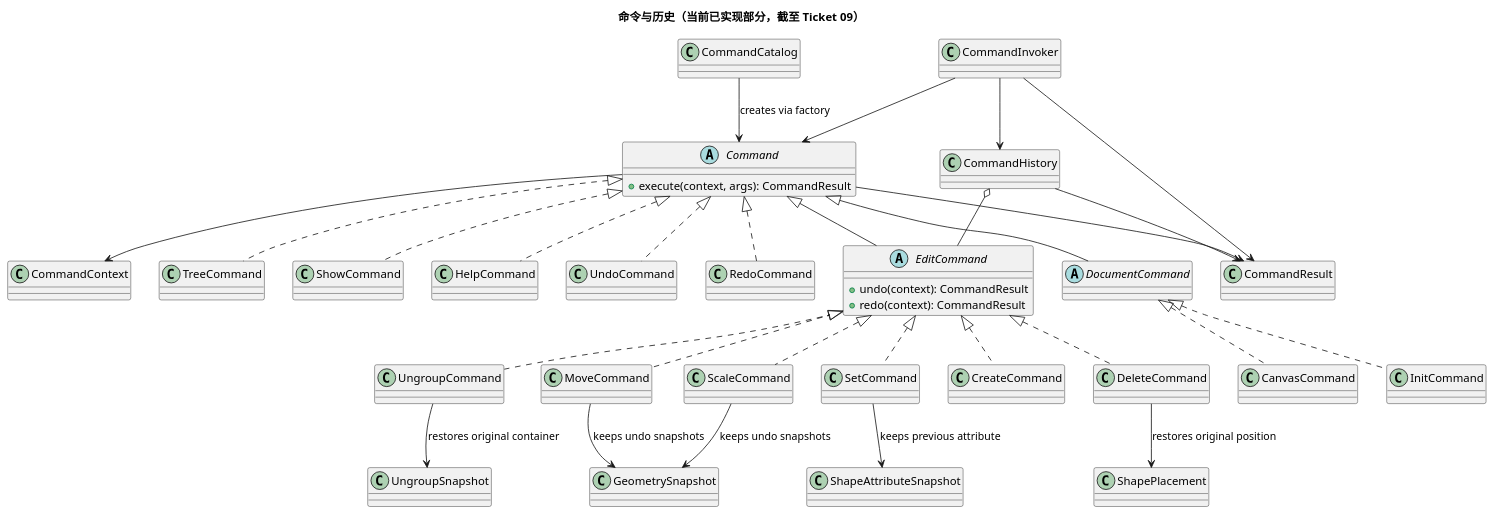
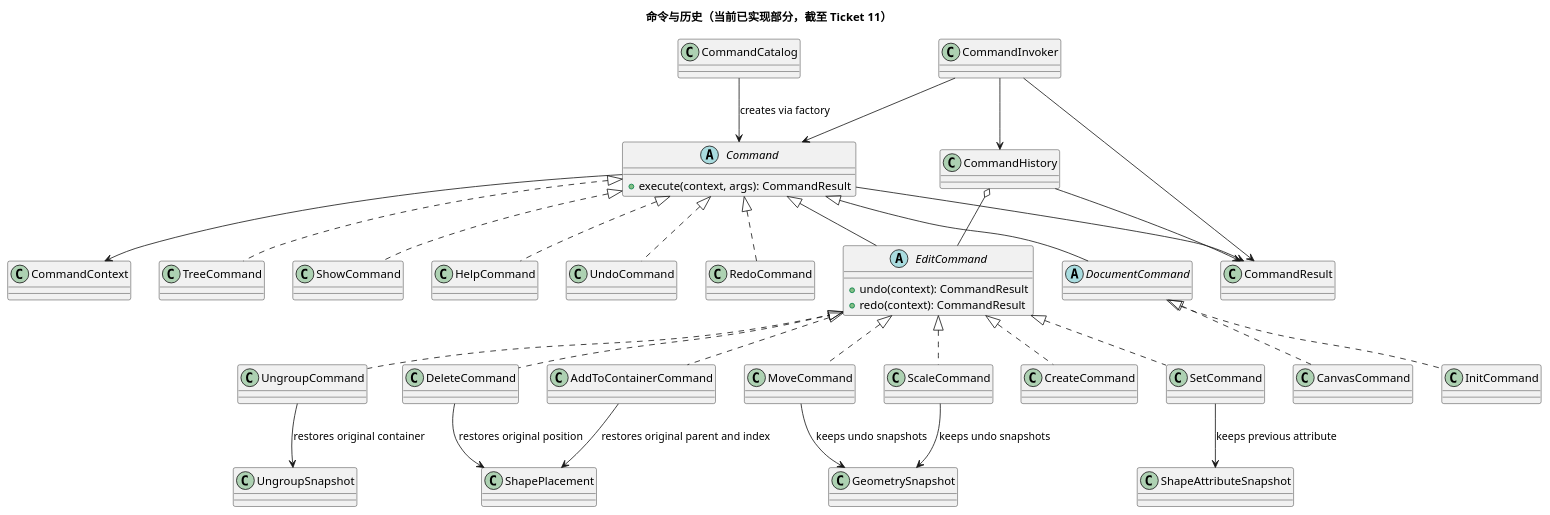
One commit to NQC233/svg-editor-lab1 changed the second of 2 diagrams in doc/class-model.puml. Above: the diagram before and after it, drawn with PlantUML. The commit also changed other lines of this file and 5 other files, not shown here.

```diff
--- a/doc/class-model.puml
+++ b/doc/class-model.puml
@@ -103,66 +105,69 @@
 @startuml
-title 命令与历史（当前已实现部分，截至 Ticket 09）
+title 命令与历史（当前已实现部分，截至 Ticket 11）
 
 abstract class Command {
   +execute(context, args): CommandResult
 }
 
 abstract class DocumentCommand
 
 abstract class EditCommand {
   +undo(context): CommandResult
   +redo(context): CommandResult
 }
 
 class CommandResult
 class CommandCatalog
 class CommandInvoker
 class CommandHistory
 class CommandContext
 class ShapePlacement
 class UngroupSnapshot
 
 class CreateCommand
 class DeleteCommand
 class UngroupCommand
+class AddToContainerCommand
 class MoveCommand
 class ScaleCommand
 class SetCommand
 class CanvasCommand
 class InitCommand
 class TreeCommand
 class ShowCommand
 class HelpCommand
 class UndoCommand
 class RedoCommand
 
 Command <|-- EditCommand
 Command <|-- DocumentCommand
 EditCommand <|.. CreateCommand
 EditCommand <|.. DeleteCommand
 EditCommand <|.. UngroupCommand
+EditCommand <|.. AddToContainerCommand
 EditCommand <|.. MoveCommand
 EditCommand <|.. ScaleCommand
 EditCommand <|.. SetCommand
 DocumentCommand <|.. CanvasCommand
 DocumentCommand <|.. InitCommand
 Command <|.. TreeCommand
 Command <|.. ShowCommand
 Command <|.. HelpCommand
 Command <|.. UndoCommand
 Command <|.. RedoCommand
 
 CommandInvoker --> CommandHistory
 CommandInvoker --> Command
 CommandInvoker --> CommandResult
 CommandCatalog --> Command : creates via factory
 CommandHistory o-- EditCommand
 CommandHistory --> CommandResult
 Command --> CommandContext
 Command --> CommandResult
 DeleteCommand --> ShapePlacement : restores original position
 UngroupCommand --> UngroupSnapshot : restores original container
+AddToContainerCommand --> ShapePlacement : restores original parent and index
 MoveCommand --> GeometrySnapshot : keeps undo snapshots
 ScaleCommand --> GeometrySnapshot : keeps undo snapshots
 SetCommand --> ShapeAttributeSnapshot : keeps previous attribute
 @enduml
```
